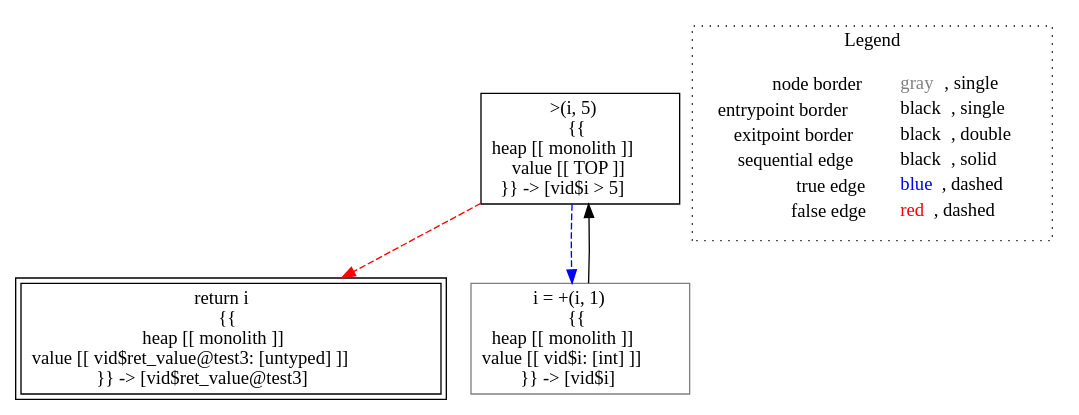
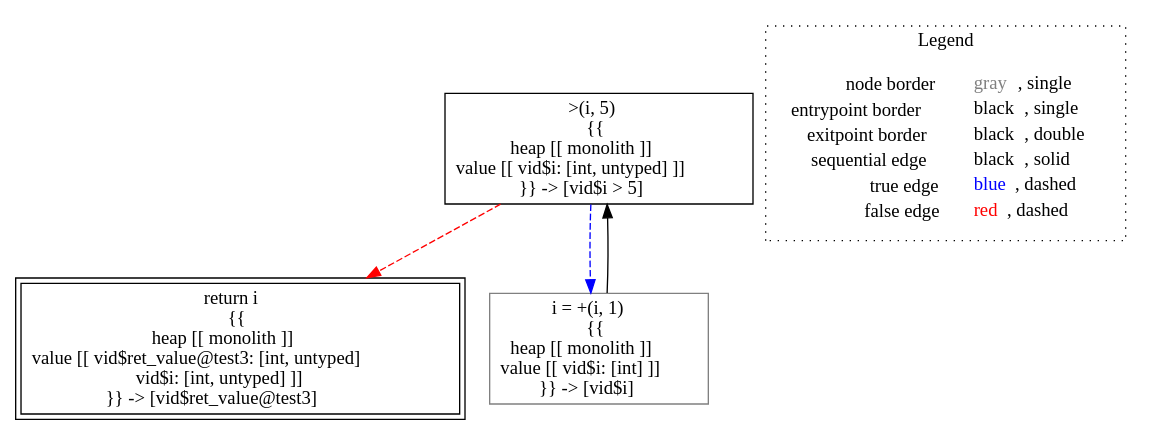
The diagram in lisa/imp-testcases/type-inference/typing___untyped_test3(untyped_i).dot (lisa-analyzer/lisa), drawn with Graphviz before and after one commit. The commit also changed 18 other files, not shown here.

First line of the commit message:
PushAny for expressions creating top value

```diff
--- a/lisa/imp-testcases/type-inference/typing___untyped_test3(untyped_i).dot
+++ b/lisa/imp-testcases/type-inference/typing___untyped_test3(untyped_i).dot
@@ -1,15 +1,15 @@
 digraph {
-	"node0" [shape="rect",color="black",label=<&gt;(i, 5)<BR/>{{<BR/>heap [[ monolith ]]<BR/>value [[ TOP ]]<BR/>}} -&gt; [vid$i &gt; 5]>];
-	"node1" [shape="rect",color="black",peripheries="2",label=<return i<BR/>{{<BR/>heap [[ monolith ]]<BR/>value [[ vid$ret_value@test3: [untyped] ]]<BR/>}} -&gt; [vid$ret_value@test3]>];
+	"node0" [shape="rect",color="black",label=<&gt;(i, 5)<BR/>{{<BR/>heap [[ monolith ]]<BR/>value [[ vid$i: [int, untyped] ]]<BR/>}} -&gt; [vid$i &gt; 5]>];
+	"node1" [shape="rect",color="black",peripheries="2",label=<return i<BR/>{{<BR/>heap [[ monolith ]]<BR/>value [[ vid$ret_value@test3: [int, untyped]<BR/>vid$i: [int, untyped] ]]<BR/>}} -&gt; [vid$ret_value@test3]>];
 	"node2" [shape="rect",color="gray",label=<i = +(i, 1)<BR/>{{<BR/>heap [[ monolith ]]<BR/>value [[ vid$i: [int] ]]<BR/>}} -&gt; [vid$i]>];
 	"node0" -> "node1" [color="red",style="dashed"];
 	"node0" -> "node2" [color="blue",style="dashed"];
 	"node2" -> "node0" [color="black"];
 subgraph cluster_legend {
 	label="Legend";
 	style=dotted;
 	node [shape=plaintext];
 	"legend" [label=<<table border="0" cellpadding="2" cellspacing="0" cellborder="0"><tr><td align="right">node border&nbsp;</td><td align="left"><font color="gray">gray</font>, single</td></tr><tr><td align="right">entrypoint border&nbsp;</td><td align="left"><font color="black">black</font>, single</td></tr><tr><td align="right">exitpoint border&nbsp;</td><td align="left"><font color="black">black</font>, double</td></tr><tr><td align="right">sequential edge&nbsp;</td><td align="left"><font color="black">black</font>, solid</td></tr><tr><td align="right">true edge&nbsp;</td><td align="left"><font color="blue">blue</font>, dashed</td></tr><tr><td align="right">false edge&nbsp;</td><td align="left"><font color="red">red</font>, dashed</td></tr></table>>];
 }
 
 }
```
